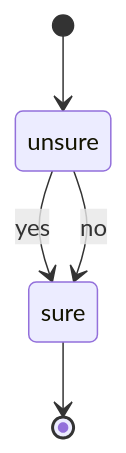
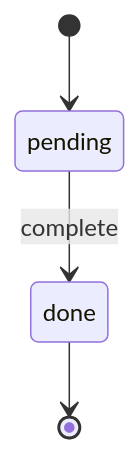
Before and after one commit to eloquentanalytics/dialai: the diagram in website/docs/getting-started/quick-start.md, drawn with Mermaid. The commit also changed other lines of this file and 16 other files, not shown here.

````diff
--- a/website/docs/getting-started/quick-start.md
+++ b/website/docs/getting-started/quick-start.md
@@ -13,7 +13,6 @@
 ```mermaid
 stateDiagram-v2
-    [*] --> unsure
-    unsure --> sure: yes
-    unsure --> sure: no
-    sure --> [*]
+    [*] --> pending
+    pending --> done: complete
+    done --> [*]
 ```
````
